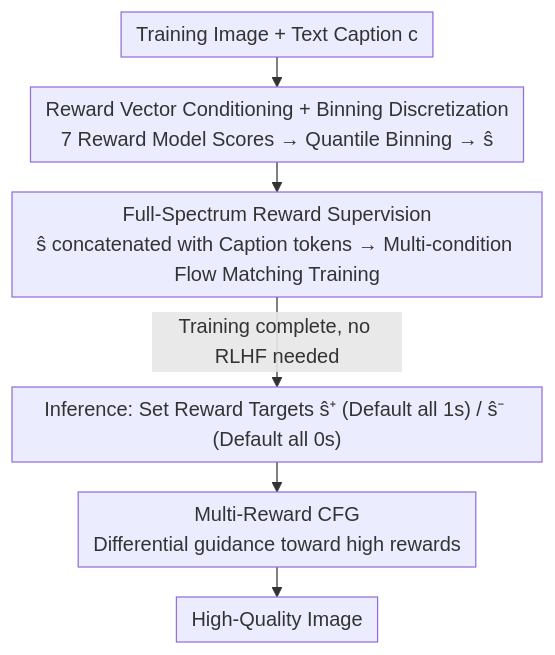
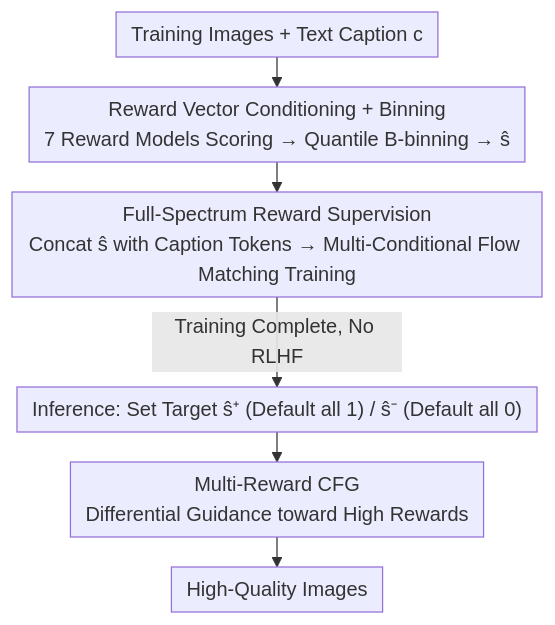
The diagram in docs/ICML2026/image_generation/miro_multi-reward_conditioned_pretraining_improves_t2i_quality_and_efficiency.md (zhaoyang97/Paper-Notes-en), drawn with Mermaid before and after one commit. The commit also changed other lines of this file and 5084 other files, not shown here.

````diff
--- a/docs/ICML2026/image_generation/miro_multi-reward_conditioned_pretraining_improves_t2i_quality_and_efficiency.md
+++ b/docs/ICML2026/image_generation/miro_multi-reward_conditioned_pretraining_improves_t2i_quality_and_efficiency.md
@@ -43,9 +43,9 @@
 ```mermaid
 %%{init: {'flowchart': {'rankSpacing': 24, 'nodeSpacing': 28, 'padding': 6, 'wrappingWidth': 400}}}%%
 flowchart TD
-    A["Training Image + Text Caption c"] --> B["Reward Vector Conditioning + Binning Discretization<br/>7 Reward Model Scores → Quantile Binning → ŝ"]
-    B --> C["Full-Spectrum Reward Supervision<br/>ŝ concatenated with Caption tokens → Multi-condition Flow Matching Training"]
-    C -->|Training complete, no RLHF needed| D["Inference: Set Reward Targets ŝ⁺ (Default all 1s) / ŝ⁻ (Default all 0s)"]
-    D --> E["Multi-Reward CFG<br/>Differential guidance toward high rewards"]
-    E --> F["High-Quality Image"]
+    A["Training Images + Text Caption c"] --> B["Reward Vector Conditioning + Binning<br/>7 Reward Models Scoring → Quantile B-binning → ŝ"]
+    B --> C["Full-Spectrum Reward Supervision<br/>Concat ŝ with Caption Tokens → Multi-Conditional Flow Matching Training"]
+    C -->|Training Complete, No RLHF| D["Inference: Set Target ŝ⁺ (Default all 1) / ŝ⁻ (Default all 0)"]
+    D --> E["Multi-Reward CFG<br/>Differential Guidance toward High Rewards"]
+    E --> F["High-Quality Images"]
 ```
````
